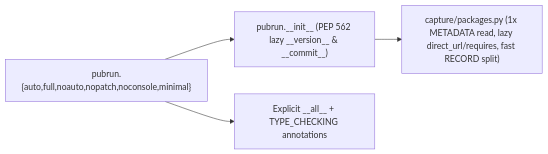
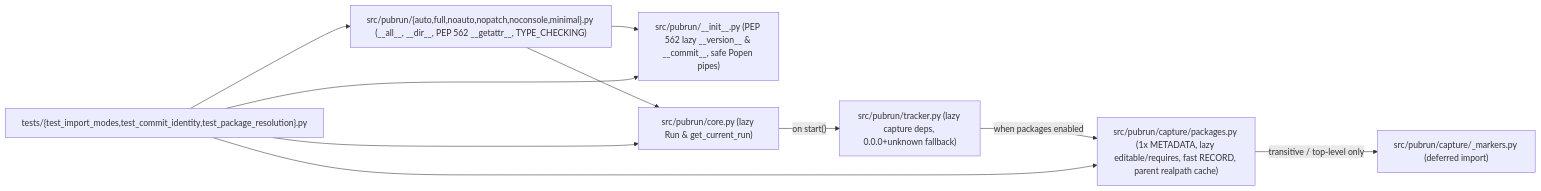
One commit to fariello/pubrun changed the diagram in .aw/records/plans/pending/20261127-assess-8l-04-p4ueaj-cold-start-import-package-capture-optimization-and-pep-561-m.ipd.md. Above: the diagram before and after it, drawn with Mermaid. The commit also changed other lines of this file and 1 other file, not shown here.

````diff
--- a/.aw/records/plans/pending/20261127-assess-8l-04-p4ueaj-cold-start-import-package-capture-optimization-and-pep-561-m.ipd.md
+++ b/.aw/records/plans/pending/20261127-assess-8l-04-p4ueaj-cold-start-import-package-capture-optimization-and-pep-561-m.ipd.md
@@ -32,6 +34,12 @@
 ```mermaid
 flowchart LR
-    MOD["pubrun.{auto,full,noauto,nopatch,noconsole,minimal}"] --> INIT["pubrun.__init__ (PEP 562 lazy __version__ & __commit__)"]
-    MOD --> TYP["Explicit __all__ + TYPE_CHECKING annotations"]
-    INIT --> PKG["capture/packages.py (1x METADATA read, lazy direct_url/requires, fast RECORD split)"]
+    MOD["src/pubrun/{auto,full,noauto,nopatch,noconsole,minimal}.py (__all__, __dir__, PEP 562 __getattr__, TYPE_CHECKING)"] --> INIT["src/pubrun/__init__.py (PEP 562 lazy __version__ & __commit__, safe Popen pipes)"]
+    MOD --> CORE["src/pubrun/core.py (lazy Run & get_current_run)"]
+    CORE -->|"on start()"| TRK["src/pubrun/tracker.py (lazy capture deps, 0.0.0+unknown fallback)"]
+    TRK -->|"when packages enabled"| PKG["src/pubrun/capture/packages.py (1x METADATA, lazy editable/requires, fast RECORD, parent realpath cache)"]
+    PKG -->|"transitive / top-level only"| MRK["src/pubrun/capture/_markers.py (deferred import)"]
+    TESTS["tests/{test_import_modes,test_commit_identity,test_package_resolution}.py"] --> MOD
+    TESTS --> INIT
+    TESTS --> CORE
+    TESTS --> PKG
 ```
````
